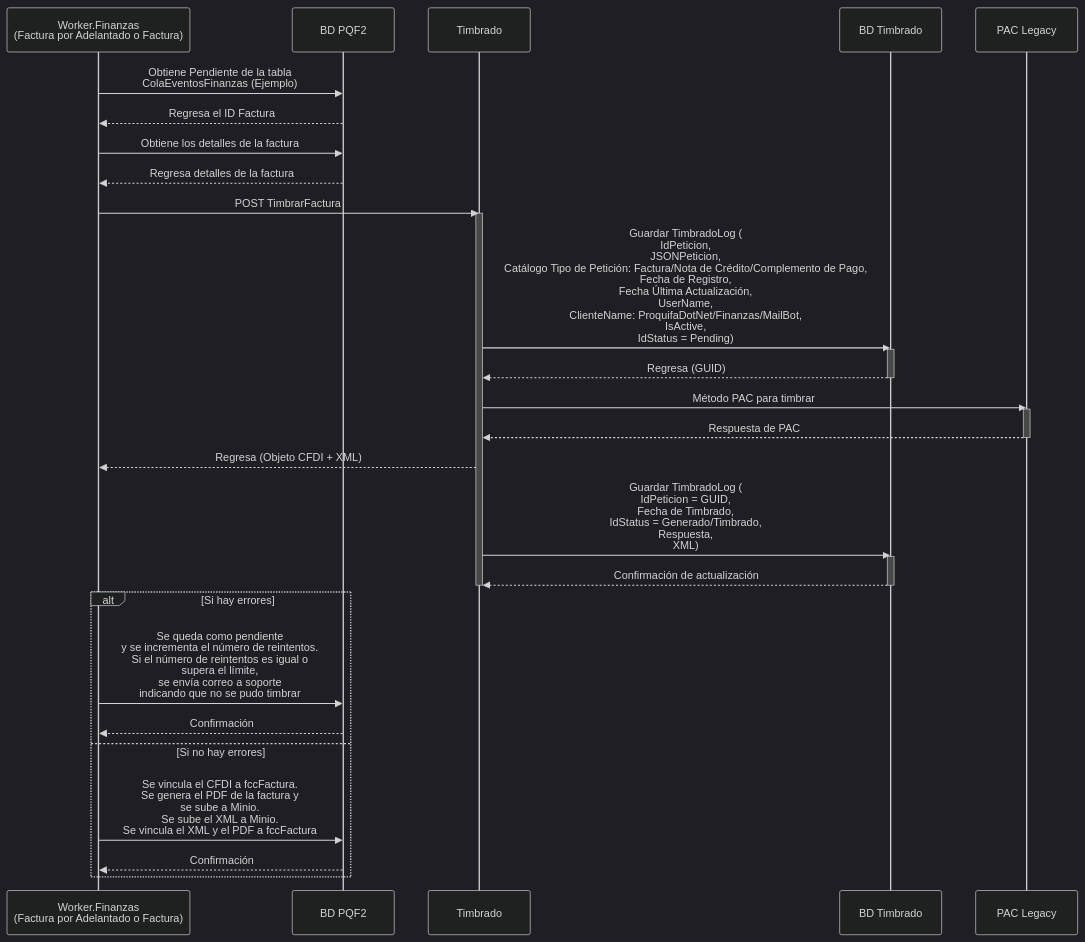
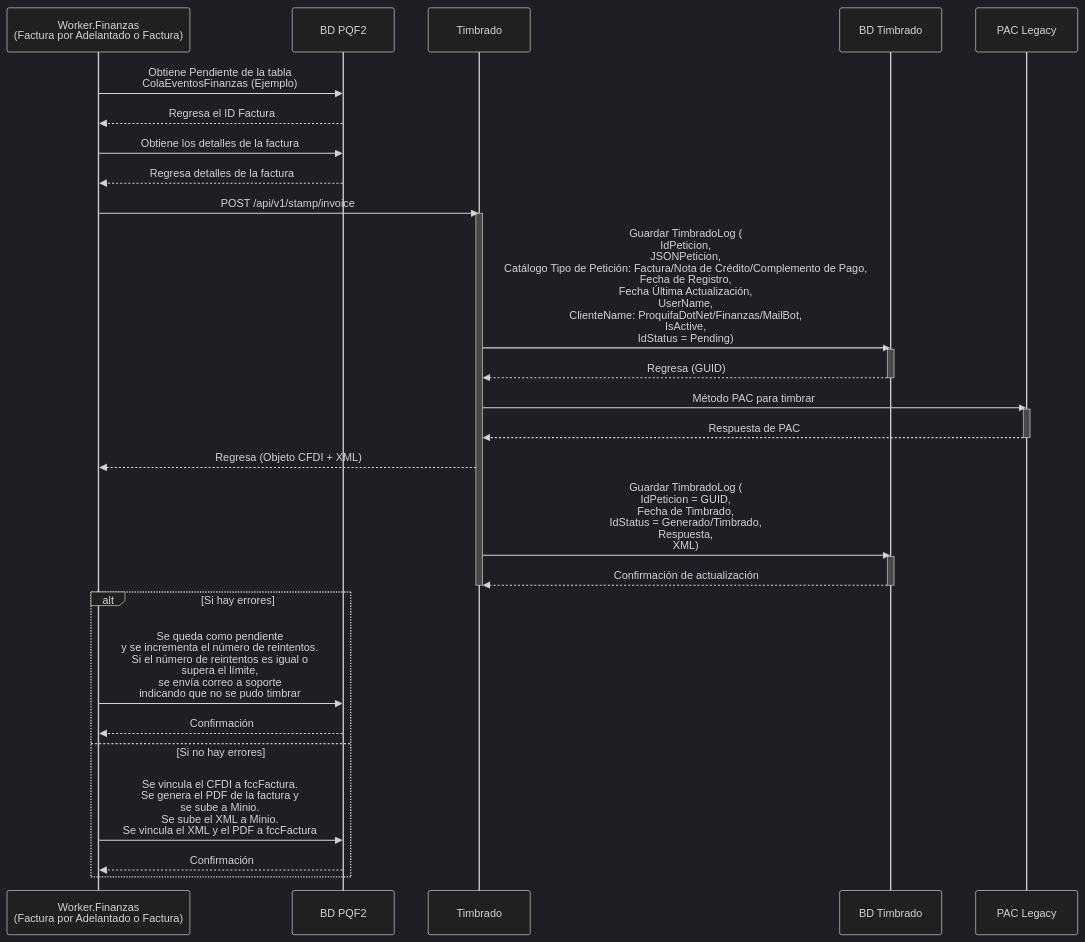
The diagram in Diagramas/Diagrama Secuencia Encolamiento Finanzas y Timbrado Factura.md (JuanGarciaRyndem/R16-Documentacion), drawn with Mermaid (dark theme) before and after one commit. The commit also changed 47 other files, not shown here.

````diff
--- a/Diagramas/Diagrama Secuencia Encolamiento Finanzas y Timbrado Factura.md
+++ b/Diagramas/Diagrama Secuencia Encolamiento Finanzas y Timbrado Factura.md
@@ -3,43 +3,43 @@
 ```mermaid
 sequenceDiagram
     participant WF as Worker.Finanzas<br/>(Factura por Adelantado o Factura)
     participant BDPQF2 as BD PQF2
     participant T as Timbrado
     participant BDT as BD Timbrado
     participant PAC as PAC Legacy
 
     WF->>BDPQF2: Obtiene Pendiente de la tabla <br/>ColaEventosFinanzas (Ejemplo)
     BDPQF2-->>WF: Regresa el ID Factura
 
     WF->>BDPQF2: Obtiene los detalles de la factura
     BDPQF2-->>WF: Regresa detalles de la factura
 
-    WF->>T: POST TimbrarFactura
+    WF->>T: POST /api/v1/stamp/invoice
     activate T
 
     T->>BDT: Guardar TimbradoLog (<br/>IdPeticion, <br/>JSONPeticion, <br/>Catálogo Tipo de Petición: Factura/Nota de Crédito/Complemento de Pago, <br/>Fecha de Registro, <br/>Fecha Última Actualización, <br/>UserName, <br/>ClienteName: ProquifaDotNet/Finanzas/MailBot, <br/>IsActive, <br/>IdStatus = Pending)
     activate BDT
     BDT-->>T: Regresa (GUID)
     deactivate BDT
 
     T->>PAC: Método PAC para timbrar
     activate PAC
     PAC-->>T: Respuesta de PAC
     deactivate PAC
 
     T-->>WF: Regresa (Objeto CFDI + XML)
 
     T->>BDT: Guardar TimbradoLog (<br/>IdPeticion = GUID, <br/>Fecha de Timbrado, <br/>IdStatus = Generado/Timbrado, <br/>Respuesta, <br/>XML)
     activate BDT
     BDT-->>T: Confirmación de actualización
     deactivate BDT
     deactivate T
 
     alt Si hay errores
         WF->>BDPQF2: Se queda como pendiente <br/>y se incrementa el número de reintentos. <br/>Si el número de reintentos es igual o <br/>supera el límite, <br/>se envía correo a soporte <br/>indicando que no se pudo timbrar
         BDPQF2-->>WF: Confirmación
     else Si no hay errores
         WF->>BDPQF2: Se vincula el CFDI a fccFactura. <br/>Se genera el PDF de la factura y<br/> se sube a Minio. <br/>Se sube el XML a Minio.<br/> Se vincula el XML y el PDF a fccFactura
         BDPQF2-->>WF: Confirmación
     end
 ```
````
